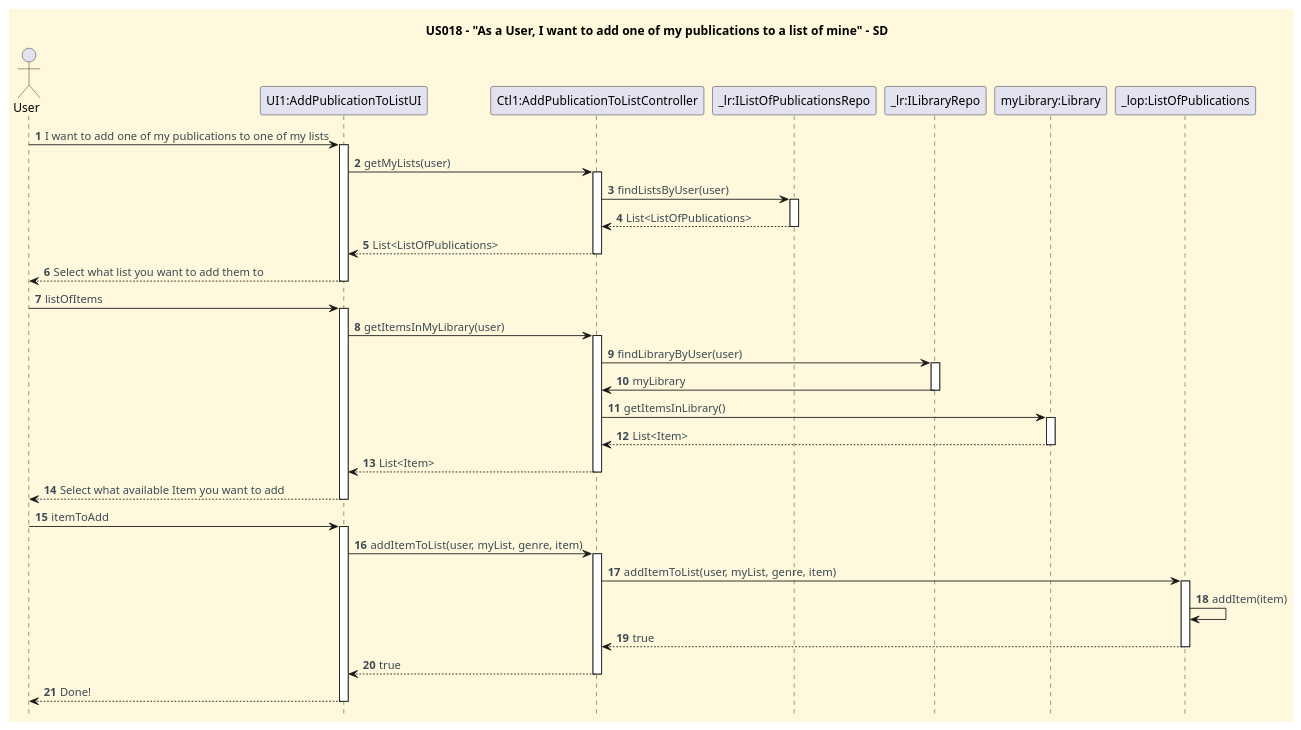
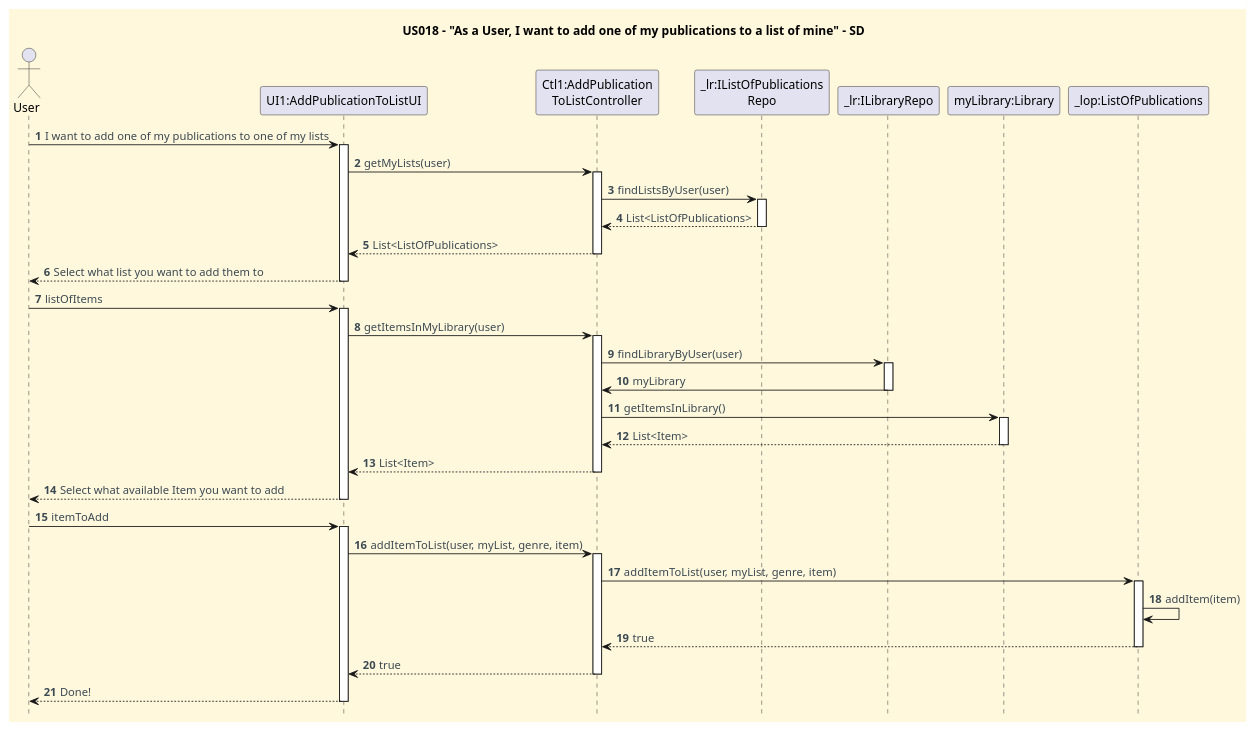
The diagram in docs/userStories/US018/US018_add_mypublication_to_mylist_SD.puml (CarolinaLeite-collab/JavaMarketplacePlatform), drawn with PlantUML before and after one commit. The commit also changed 1 other file, not shown here.

```diff
--- a/docs/userStories/US018/US018_add_mypublication_to_mylist_SD.puml
+++ b/docs/userStories/US018/US018_add_mypublication_to_mylist_SD.puml
@@ -1,76 +1,76 @@
 @startuml
 'https://plantuml.com/sequence-diagram
 hide footbox
 title US018 - "As a User, I want to add one of my publications to a list of mine" - SD
 
 '==== basic style ====
 skinparam monochrome false
 skinparam shadowing false
 skinparam defaultFontName Futura
 skinparam objectFontSize 20
 skinparam backgroundColor CornSilk
 skinparam objectBackgroundColor WhiteSmoke
 skinparam noteBackgroundColor #FFFFE0
 skinparam ArrowFontColor #3B4953
 skinparam ActivationBackgroundColor black
 
 autonumber
 autoactivate off
 
 actor User
 participant "UI1:AddPublicationToListUI" as UI
-participant "Ctl1:AddPublicationToListController" as Ctl
-participant "_lr:IListOfPublicationsRepo" as ListRepo
+participant "Ctl1:AddPublication\nToListController" as Ctl
+participant "_lr:IListOfPublications\nRepo" as ListRepo
 participant "_lr:ILibraryRepo" as LibraryRepo
 participant "myLibrary:Library" as myLibrary
 participant "_lop:ListOfPublications" as ListOfPublications
 
 
 User -> UI : I want to add one of my publications to one of my lists
 activate UI
 UI -> Ctl : getMyLists(user)
 activate Ctl
 Ctl -> ListRepo : findListsByUser(user)
 activate ListRepo
 ListRepo --> Ctl : List<ListOfPublications>
 deactivate ListRepo
 Ctl --> UI : List<ListOfPublications>
 deactivate Ctl
 UI --> User : Select what list you want to add them to
 deactivate UI
 
 User -> UI : listOfItems
 activate UI
 UI -> Ctl : getItemsInMyLibrary(user)
 activate Ctl
 Ctl -> LibraryRepo : findLibraryByUser(user)
 activate LibraryRepo
 LibraryRepo -> Ctl : myLibrary
 deactivate LibraryRepo
 Ctl -> myLibrary : getItemsInLibrary()
 activate myLibrary
 myLibrary --> Ctl : List<Item>
 deactivate myLibrary
 Ctl --> UI : List<Item>
 deactivate Ctl
 UI --> User : Select what available Item you want to add
 deactivate UI
 
 User -> UI: itemToAdd
 activate UI
 UI -> Ctl : addItemToList(user, myList, genre, item)
 activate Ctl
 Ctl  -> ListOfPublications : addItemToList(user, myList, genre, item)
 activate ListOfPublications
 ListOfPublications -> ListOfPublications : addItem(item)
 ListOfPublications --> Ctl: true
 deactivate ListOfPublications
 deactivate ListRepo
 Ctl --> UI : true
 deactivate Ctl
 UI --> User : Done!
 deactivate UI
 
 
 
 @enduml
```
